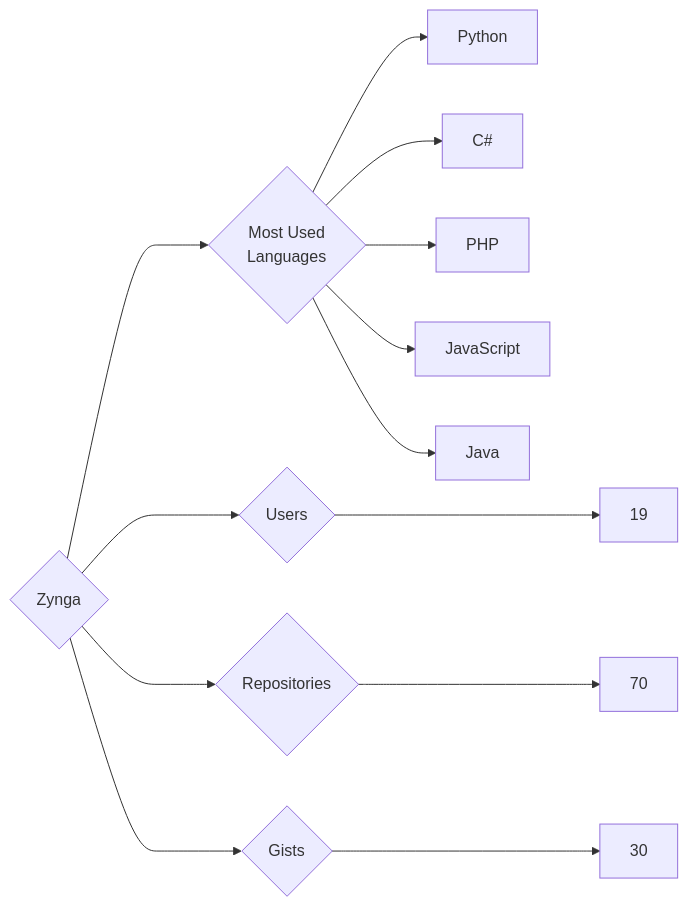
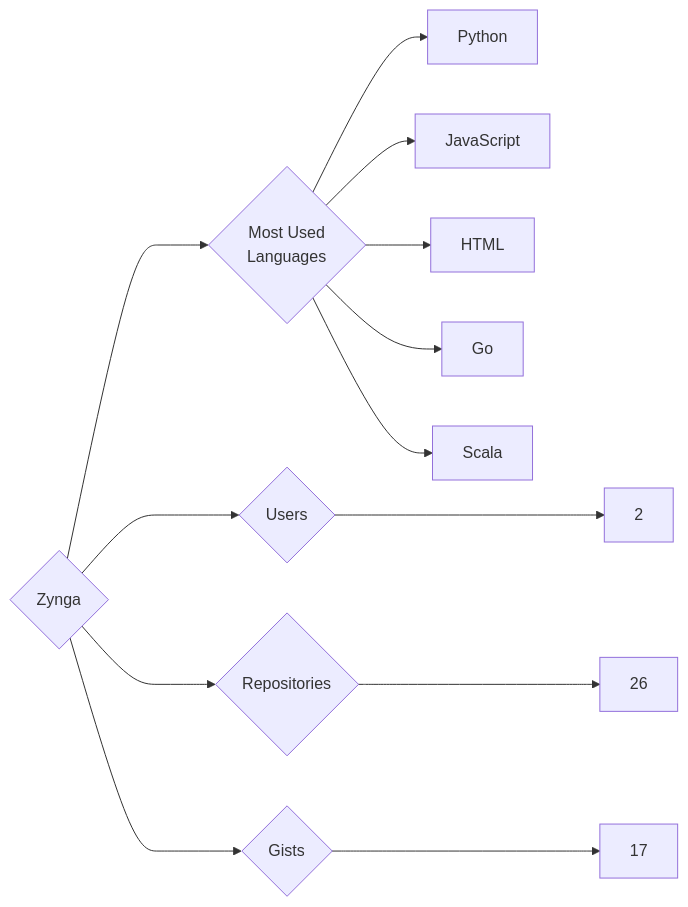
Before and after one commit to trickest/insiders: the diagram in targets/Zynga/README.md, drawn with Mermaid. The commit also changed 912 other files, not shown here.

````diff
--- a/targets/Zynga/README.md
+++ b/targets/Zynga/README.md
@@ -3,13 +3,13 @@
 ```mermaid
 graph LR
 COMPANY_NAME{Zynga}
-COMPANY_NAME ---> U{Users} ---> UN[19]
-COMPANY_NAME ---> R{Repositories} ---> RN[70]
-COMPANY_NAME ---> G{Gists} ---> GN[30]
+COMPANY_NAME ---> U{Users} ---> UN[2]
+COMPANY_NAME ---> R{Repositories} ---> RN[26]
+COMPANY_NAME ---> G{Gists} ---> GN[17]
 COMPANY_NAME ---> ML{Most Used<br>Languages}
 ML --> Python[Python]
-ML --> C#[C#]
-ML --> PHP[PHP]
 ML --> JavaScript[JavaScript]
-ML --> Java[Java]
+ML --> HTML[HTML]
+ML --> Go[Go]
+ML --> Scala[Scala]
 ```
````
